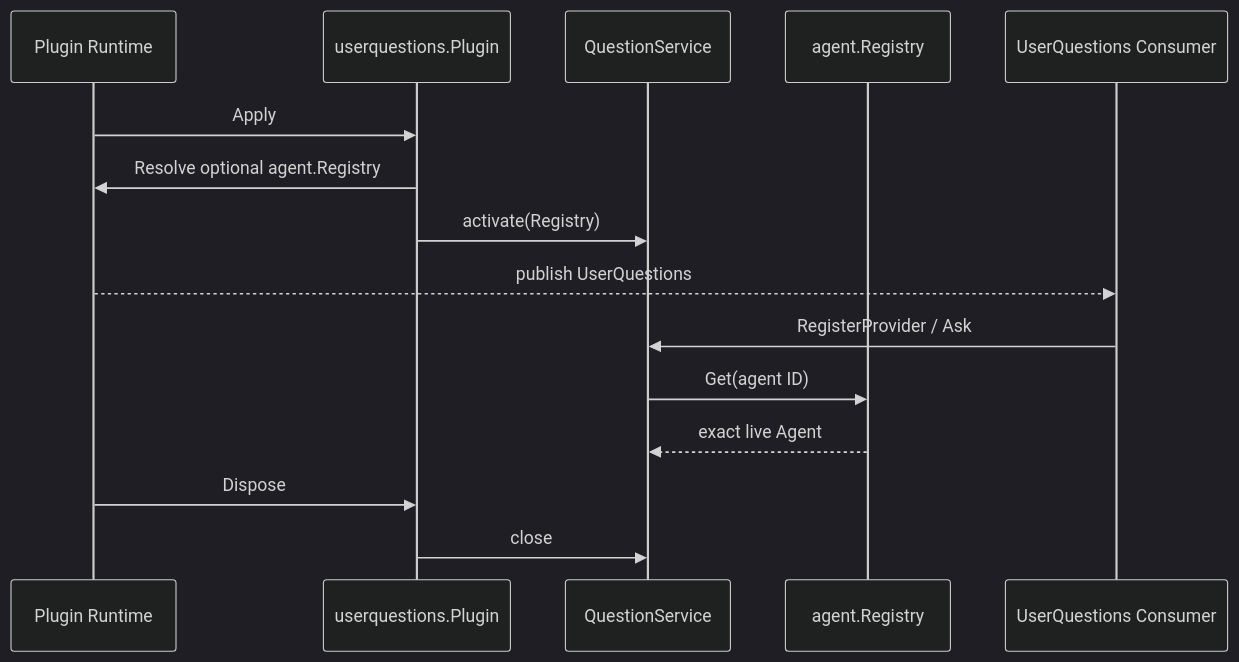
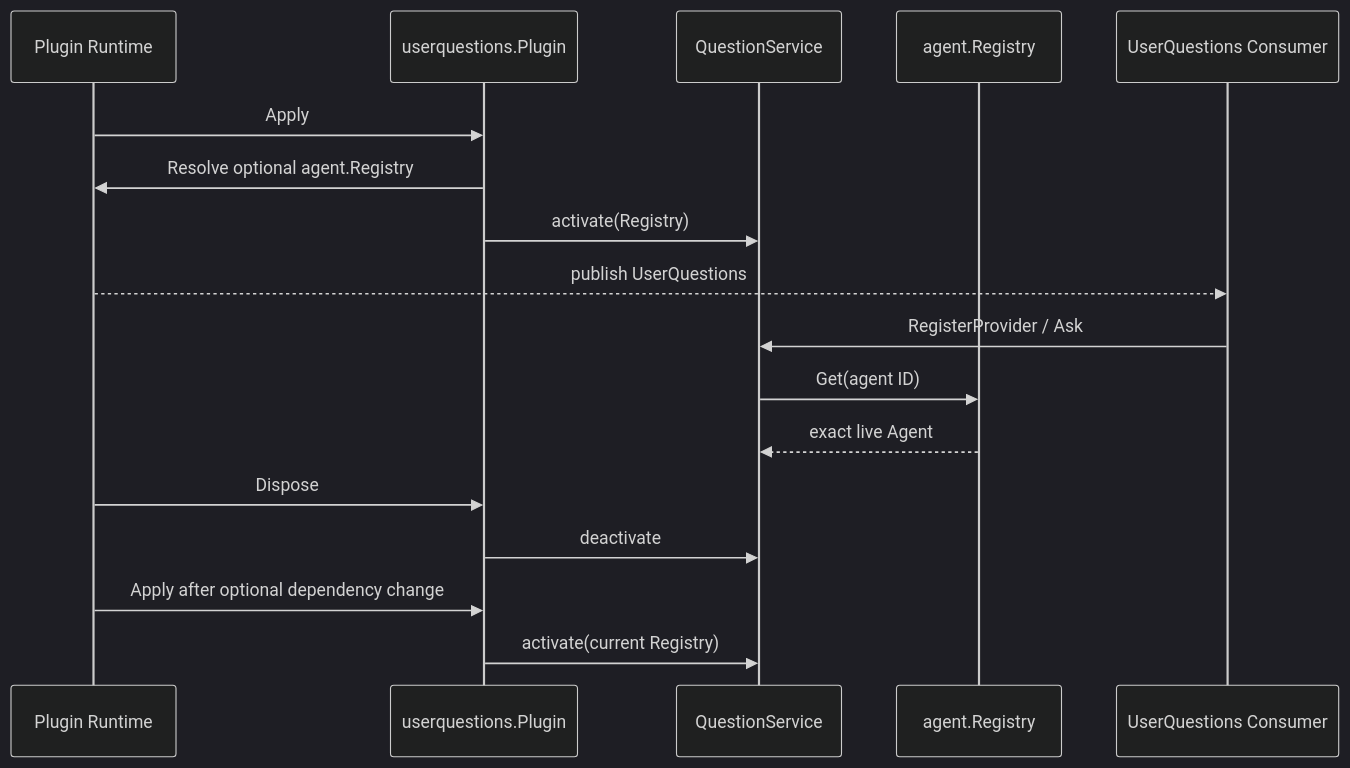
The diagram in userquestions/README.zh-CN.md (gorenx/goren), drawn with Mermaid (dark theme) before and after one commit. The commit also changed other lines of this file and 29 other files, not shown here.

````diff
--- a/userquestions/README.zh-CN.md
+++ b/userquestions/README.zh-CN.md
@@ -16,18 +16,20 @@
 ```mermaid
 sequenceDiagram
     participant Runtime as Plugin Runtime
     participant Adapter as userquestions.Plugin
     participant Service as QuestionService
     participant Registry as agent.Registry
     participant Consumer as UserQuestions Consumer
 
     Runtime->>Adapter: Apply
     Adapter->>Runtime: Resolve optional agent.Registry
     Adapter->>Service: activate(Registry)
     Runtime-->>Consumer: publish UserQuestions
     Consumer->>Service: RegisterProvider / Ask
     Service->>Registry: Get(agent ID)
     Registry-->>Service: exact live Agent
     Runtime->>Adapter: Dispose
-    Adapter->>Service: close
+    Adapter->>Service: deactivate
+    Runtime->>Adapter: Apply after optional dependency change
+    Adapter->>Service: activate(current Registry)
 ```
````
